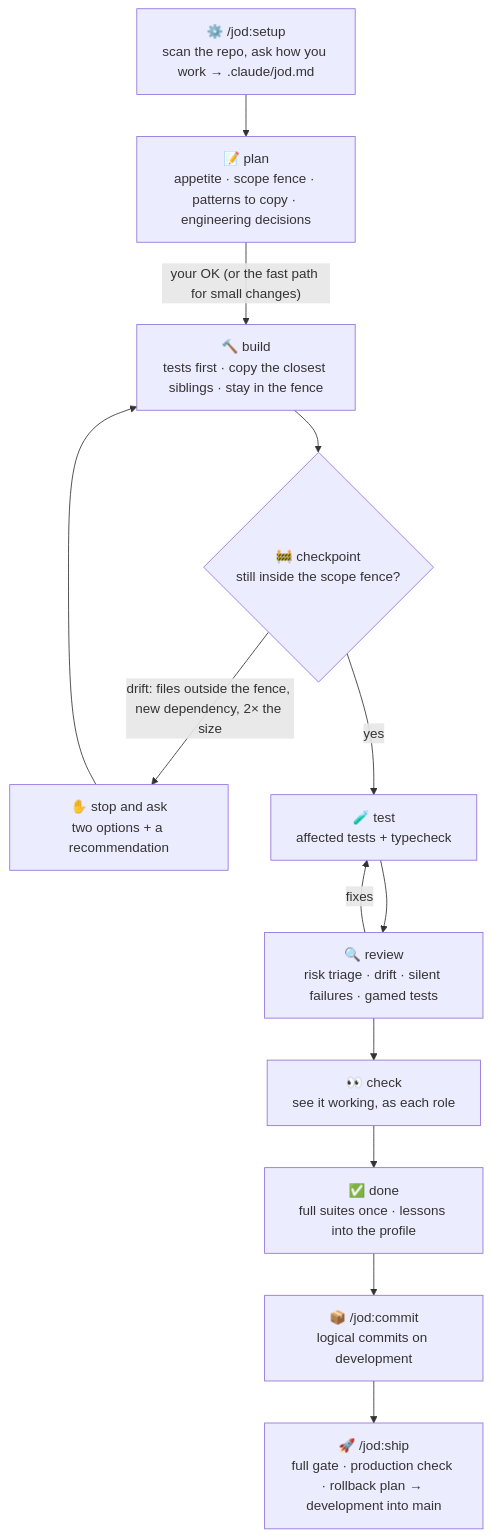
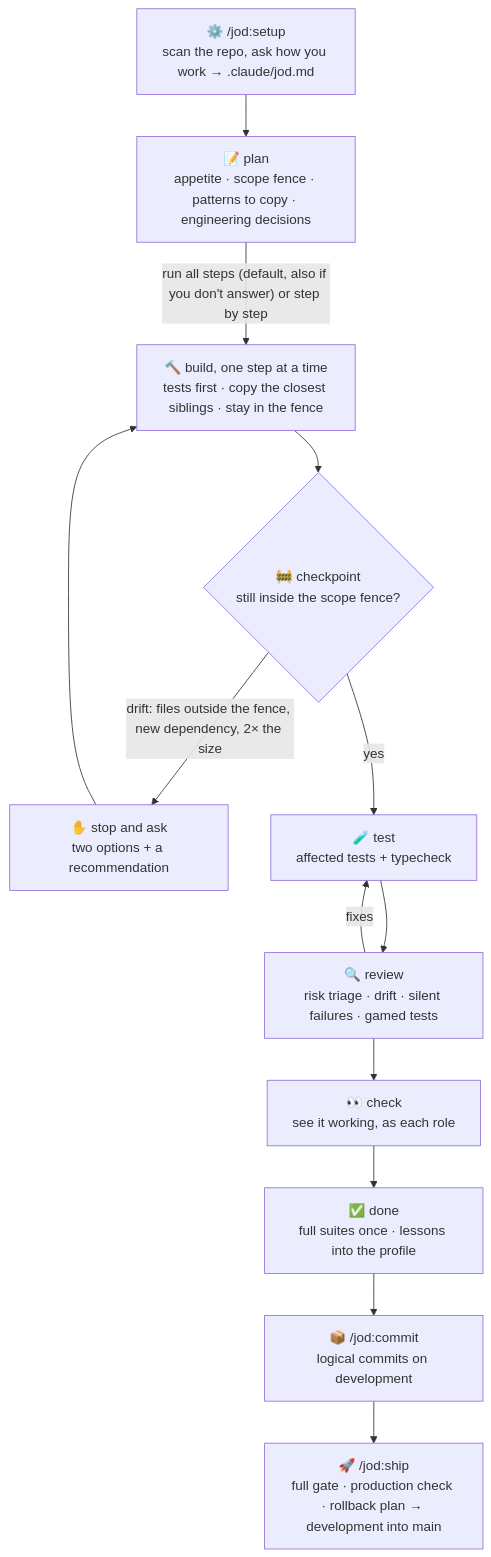
The diagram in README.md (l3lackcurtains/jod), drawn with Mermaid before and after one commit. The commit also changed other lines of this file and 10 other files, not shown here.

Commit message:
feat: v1.8, plans split into steps sized to the work; ask run-all or step-by-step (no answer: run all)

````diff
--- a/README.md
+++ b/README.md
@@ -84,16 +84,16 @@
 ```mermaid
 flowchart TD
     S["⚙️ /jod:setup<br/>scan the repo, ask how you work → .claude/jod.md"]
     S --> P["📝 plan<br/>appetite · scope fence · patterns to copy · engineering decisions"]
-    P -->|"your OK (or the fast path for small changes)"| B["🔨 build<br/>tests first · copy the closest siblings · stay in the fence"]
+    P -->|"run all steps (default, also if you don't answer) or step by step"| B["🔨 build, one step at a time<br/>tests first · copy the closest siblings · stay in the fence"]
     B --> C{"🚧 checkpoint<br/>still inside the scope fence?"}
     C -->|"drift: files outside the fence, new dependency, 2× the size"| Q["✋ stop and ask<br/>two options + a recommendation"]
     Q --> B
     C -->|yes| T["🧪 test<br/>affected tests + typecheck"]
     T --> R["🔍 review<br/>risk triage · drift · silent failures · gamed tests"]
     R -->|"fixes"| T
     R --> K["👀 check<br/>see it working, as each role"]
     K --> D["✅ done<br/>full suites once · lessons into the profile"]
     D --> CM["📦 /jod:commit<br/>logical commits on development"]
     CM --> SH["🚀 /jod:ship<br/>full gate · production check · rollback plan → development into main"]
 ```
````
